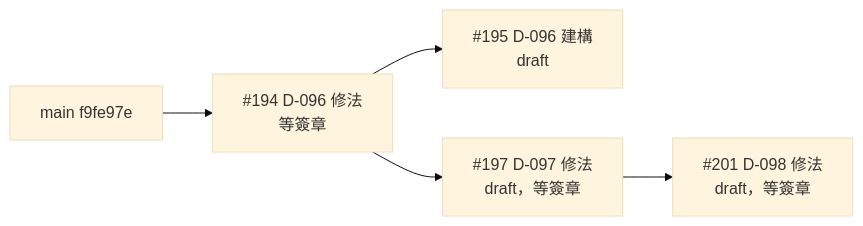
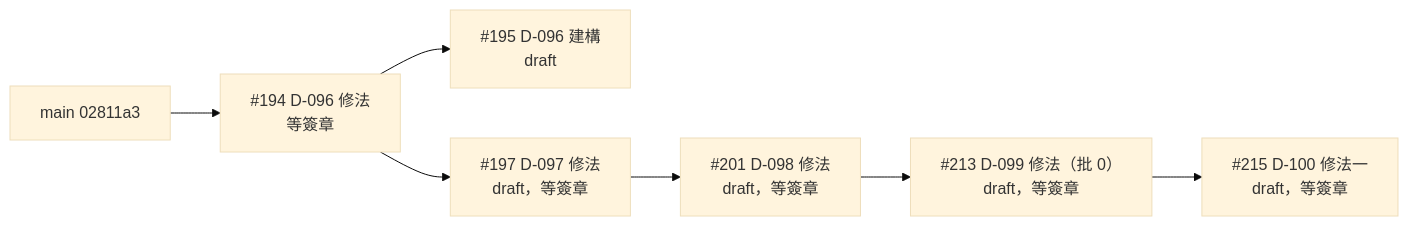
Before and after one commit to tsengeagle/quality-inspection: the diagram in docs/handoffs/2026-11-27-pending-law-prs.md, drawn with Mermaid (base theme). The commit also changed other lines of this file, not shown here.

````diff
--- a/docs/handoffs/2026-11-27-pending-law-prs.md
+++ b/docs/handoffs/2026-11-27-pending-law-prs.md
@@ -30,7 +31,9 @@
 ```mermaid
 graph LR
-  main[main f9fe97e] --> p194["#194 D-096 修法<br/>等簽章"]
+  main[main 02811a3] --> p194["#194 D-096 修法<br/>等簽章"]
   p194 --> p195["#195 D-096 建構<br/>draft"]
   p194 --> p197["#197 D-097 修法<br/>draft，等簽章"]
   p197 --> p201["#201 D-098 修法<br/>draft，等簽章"]
+  p201 --> p213["#213 D-099 修法（批 0）<br/>draft，等簽章"]
+  p213 --> p215["#215 D-100 修法一<br/>draft，等簽章"]
 ```
````
